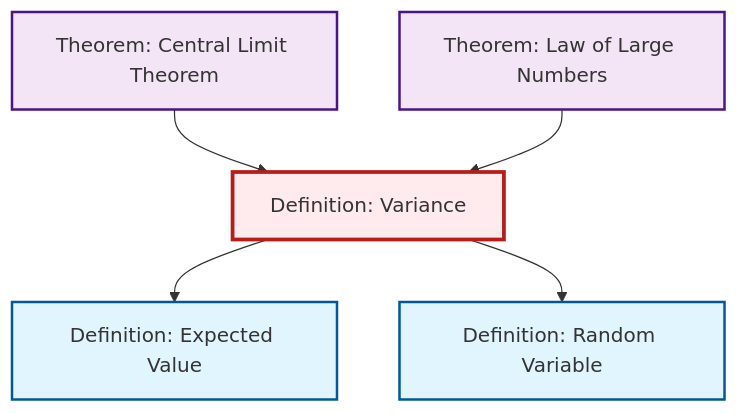
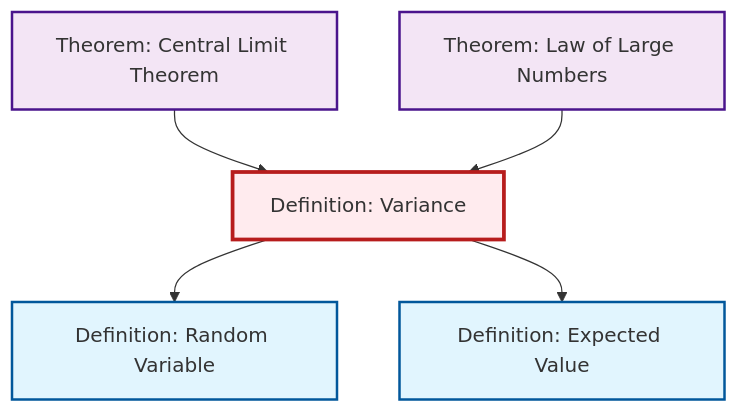
The second of 2 diagrams in content/ja/probability-statistics/def-variance.qmd (RK0429/ModernMath), drawn with Mermaid before and after one commit. The commit also changed other lines of this file and 581 other files, not shown here.

````diff
--- a/content/ja/probability-statistics/def-variance.qmd
+++ b/content/ja/probability-statistics/def-variance.qmd
@@ -102,23 +102,23 @@
 ```{mermaid}
 %%| fig-cap: "Local dependency graph"
 graph TD
     classDef definition fill:#e1f5fe,stroke:#01579b,stroke-width:2px
     classDef theorem fill:#f3e5f5,stroke:#4a148c,stroke-width:2px
     classDef axiom fill:#fff3e0,stroke:#e65100,stroke-width:2px
     classDef example fill:#e8f5e9,stroke:#1b5e20,stroke-width:2px
     classDef current fill:#ffebee,stroke:#b71c1c,stroke-width:3px
+    thm-central-limit["Theorem: Central Limit Theorem"]:::theorem
     def-variance["Definition: Variance"]:::definition
+    def-expectation["Definition: Expected Value"]:::definition
+    thm-law-of-large-numbers["Theorem: Law of Large Numbers"]:::theorem
     def-random-variable["Definition: Random Variable"]:::definition
-    thm-law-of-large-numbers["Theorem: Law of Large Numbers"]:::theorem
-    thm-central-limit["Theorem: Central Limit Theorem"]:::theorem
-    def-expectation["Definition: Expected Value"]:::definition
+    def-variance --> def-random-variable
+    def-variance --> def-expectation
     thm-central-limit --> def-variance
     thm-law-of-large-numbers --> def-variance
-    def-variance --> def-expectation
-    def-variance --> def-random-variable
     class def-variance current
-    click def-random-variable "def-random-variable.html" "Definition: Random Variableへ"
-    click thm-law-of-large-numbers "thm-law-of-large-numbers.html" "Theorem: Law of Large Numbersへ"
     click thm-central-limit "thm-central-limit.html" "Theorem: Central Limit Theoremへ"
     click def-expectation "def-expectation.html" "Definition: Expected Valueへ"
+    click thm-law-of-large-numbers "thm-law-of-large-numbers.html" "Theorem: Law of Large Numbersへ"
+    click def-random-variable "def-random-variable.html" "Definition: Random Variableへ"
 ```
````
